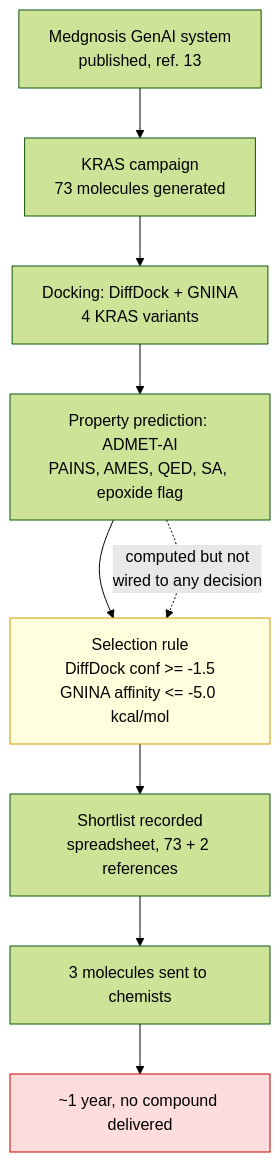
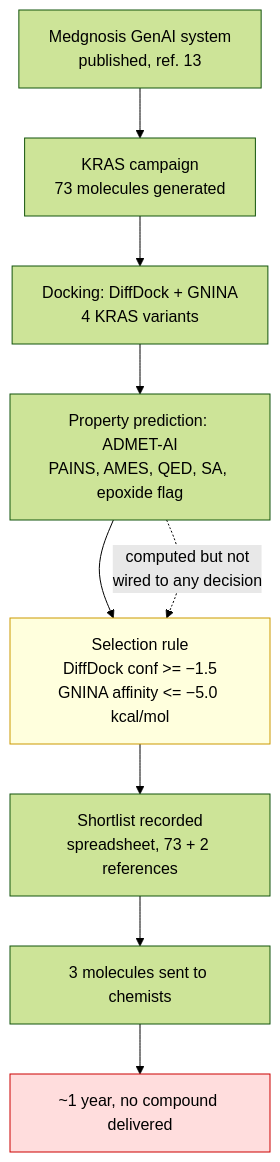
Before and after one commit to eobi/pancreatic_cancer_research: the diagram in papers/PAPER-1-manuscript.md, drawn with Mermaid (forest theme). The commit also changed other lines of this file and 2 other files, not shown here.

First line of the commit message:
Submission clean-up: figure numbering fixed, rules removed, callouts added

````diff
--- a/papers/PAPER-1-manuscript.md
+++ b/papers/PAPER-1-manuscript.md
@@ -85,13 +77,13 @@
 ```mermaid
 flowchart TD
     A["Medgnosis GenAI system<br/>published, ref. 13"] --> B["KRAS campaign<br/>73 molecules generated"]
     B --> C["Docking: DiffDock + GNINA<br/>4 KRAS variants"]
     C --> D["Property prediction: ADMET-AI<br/>PAINS, AMES, QED, SA, epoxide flag"]
-    D --> E["Selection rule<br/>DiffDock conf >= -1.5<br/>GNINA affinity <= -5.0 kcal/mol"]
+    D --> E["Selection rule<br/>DiffDock conf >= −1.5<br/>GNINA affinity <= −5.0 kcal/mol"]
     E --> F["Shortlist recorded<br/>spreadsheet, 73 + 2 references"]
     F --> G["3 molecules sent to chemists"]
     G --> H["~1 year, no compound delivered"]
     D -.->|"computed but not<br/>wired to any decision"| E
     style H fill:#fdd,stroke:#c00
     style E fill:#ffd,stroke:#c90
 ```
````
